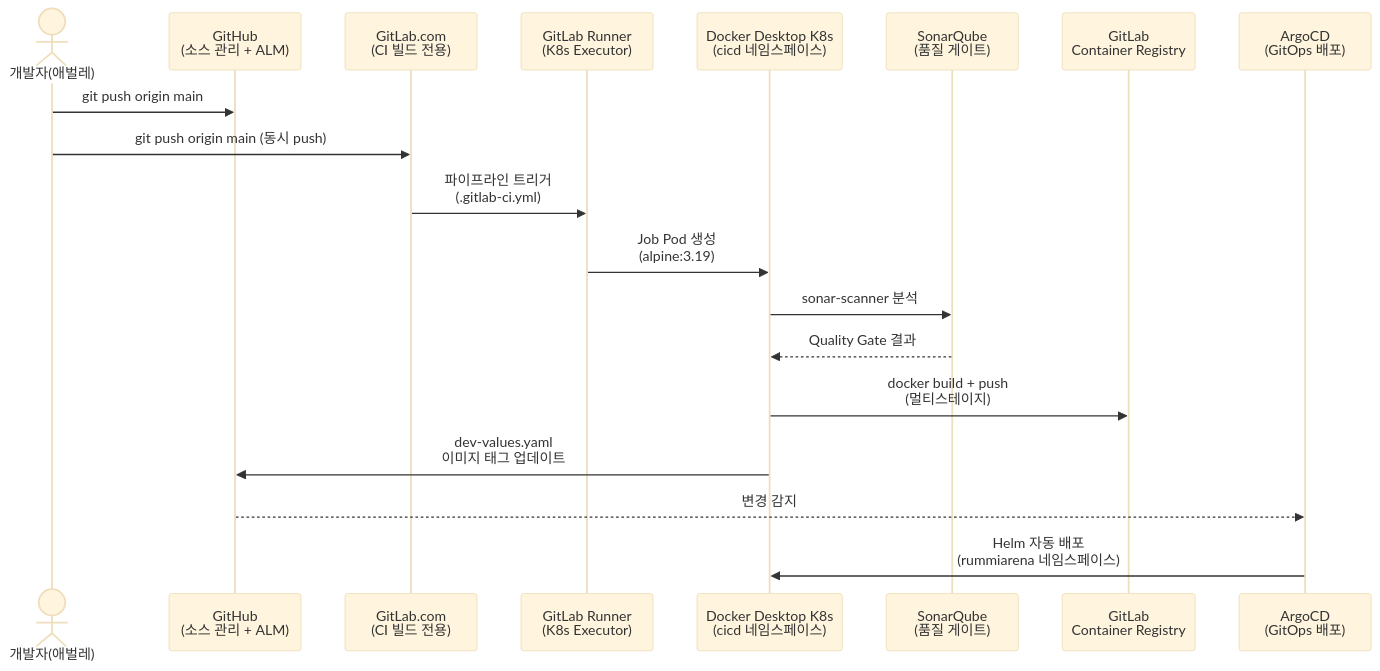
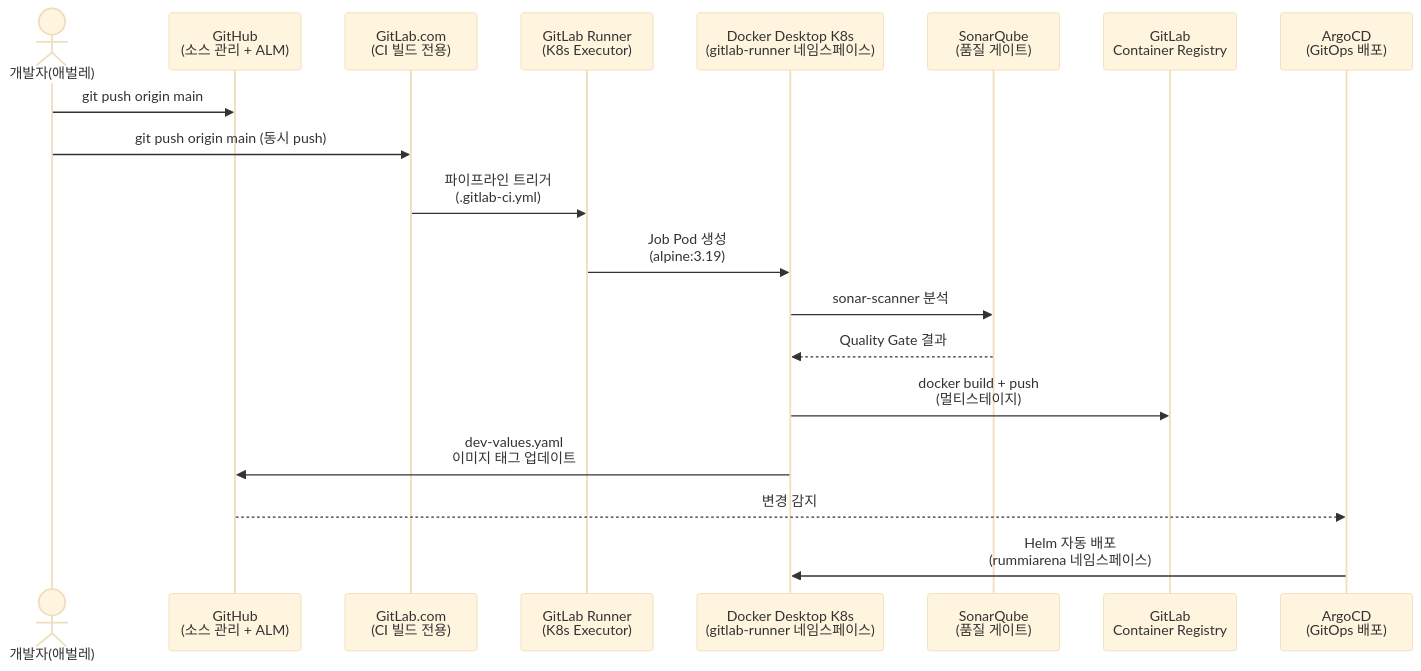
Before and after one commit to k82022603/RummiArena: the first of 5 diagrams in docs/03-development/10-gitlab-runner-guide.md, drawn with Mermaid (base theme). The commit also changed other lines of this file, not shown here.

First line of the commit message:
docs: GitLab Runner 가이드 현행화 (namespace, Helm 직접 설치, 트러블슈팅)

````diff
--- a/docs/03-development/10-gitlab-runner-guide.md
+++ b/docs/03-development/10-gitlab-runner-guide.md
@@ -13,22 +13,22 @@
 ```mermaid
 sequenceDiagram
     actor Dev as 개발자(애벌레)
     participant GH as GitHub<br/>(소스 관리 + ALM)
     participant GL as GitLab.com<br/>(CI 빌드 전용)
     participant Runner as GitLab Runner<br/>(K8s Executor)
-    participant K8s as Docker Desktop K8s<br/>(cicd 네임스페이스)
+    participant K8s as Docker Desktop K8s<br/>(gitlab-runner 네임스페이스)
     participant SQ as SonarQube<br/>(품질 게이트)
     participant Reg as GitLab<br/>Container Registry
     participant AG as ArgoCD<br/>(GitOps 배포)
 
     Dev->>GH: git push origin main
     Dev->>GL: git push origin main (동시 push)
     GL->>Runner: 파이프라인 트리거<br/>(.gitlab-ci.yml)
     Runner->>K8s: Job Pod 생성<br/>(alpine:3.19)
     K8s->>SQ: sonar-scanner 분석
     SQ-->>K8s: Quality Gate 결과
     K8s->>Reg: docker build + push<br/>(멀티스테이지)
     K8s->>GH: dev-values.yaml<br/>이미지 태그 업데이트
     GH-->>AG: 변경 감지
     AG->>K8s: Helm 자동 배포<br/>(rummiarena 네임스페이스)
 ```
````
